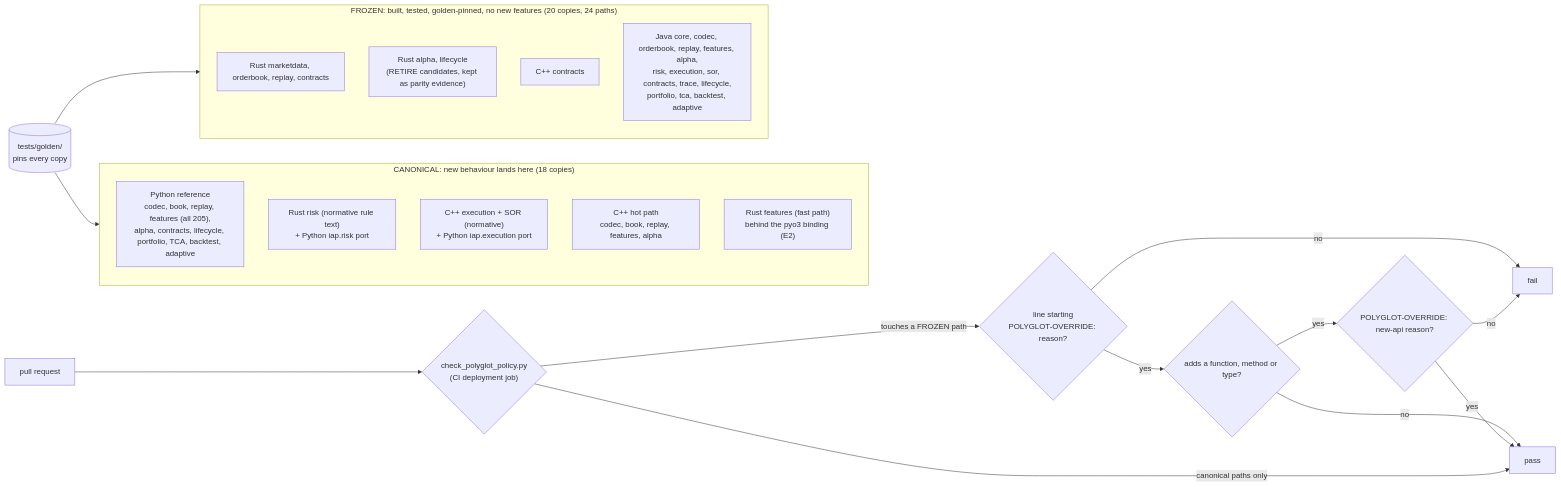
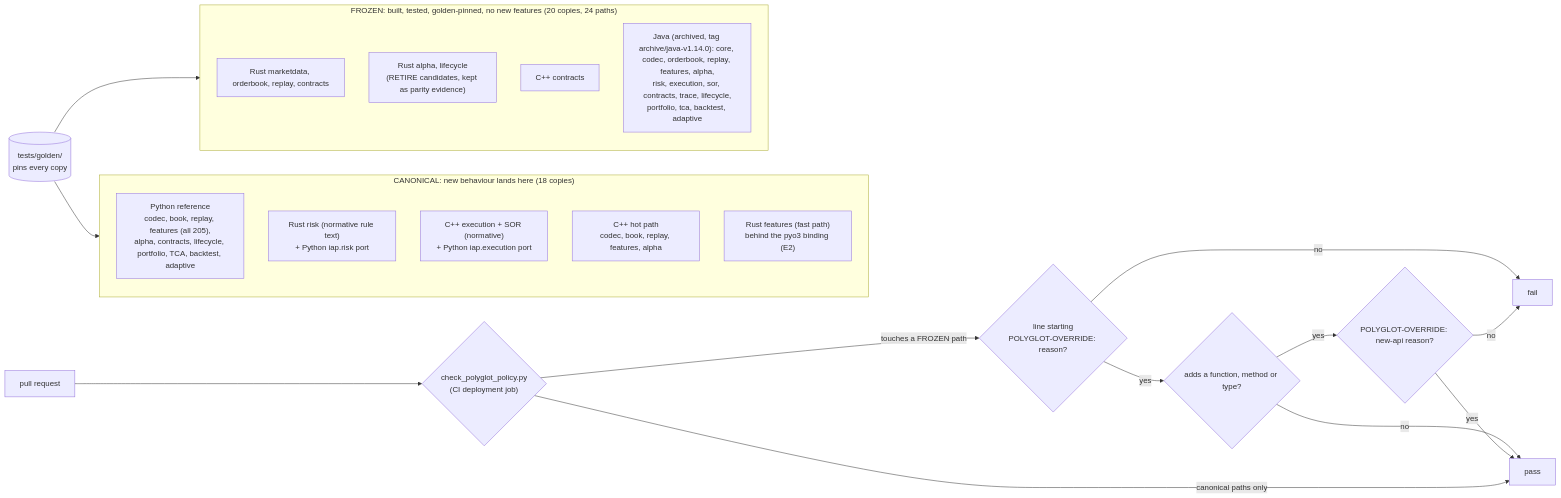
The diagram in docs/diagrams/polyglot_policy_map.mmd (AshJha0/intraday-alpha-platform), drawn with Mermaid before and after one commit. The commit also changed 13 other files, not shown here.

```diff
--- a/docs/diagrams/polyglot_policy_map.mmd
+++ b/docs/diagrams/polyglot_policy_map.mmd
@@ -1,25 +1,25 @@
 flowchart LR
     subgraph CAN["CANONICAL: new behaviour lands here (18 copies)"]
         PY["Python reference<br/>codec, book, replay, features (all 205),<br/>alpha, contracts, lifecycle, portfolio, TCA, backtest, adaptive"]
         RRISK["Rust risk (normative rule text)<br/>+ Python iap.risk port"]
         CEXEC["C++ execution + SOR (normative)<br/>+ Python iap.execution port"]
         CHOT["C++ hot path<br/>codec, book, replay, features, alpha"]
         RFEAT["Rust features (fast path)<br/>behind the pyo3 binding (E2)"]
     end
     subgraph FRZ["FROZEN: built, tested, golden-pinned, no new features (20 copies, 24 paths)"]
         RF["Rust marketdata, orderbook, replay, contracts"]
         RC["Rust alpha, lifecycle<br/>(RETIRE candidates, kept as parity evidence)"]
         CC["C++ contracts"]
-        JV["Java core, codec, orderbook, replay, features, alpha,<br/>risk, execution, sor, contracts, trace, lifecycle,<br/>portfolio, tca, backtest, adaptive"]
+        JV["Java (archived, tag archive/java-v1.14.0): core, codec, orderbook, replay, features, alpha,<br/>risk, execution, sor, contracts, trace, lifecycle,<br/>portfolio, tca, backtest, adaptive"]
     end
     GOLD[("tests/golden/<br/>pins every copy")] --> CAN
     GOLD --> FRZ
     PR["pull request"] --> GATE{"check_polyglot_policy.py<br/>(CI deployment job)"}
     GATE -->|"touches a FROZEN path"| OV{"line starting<br/>POLYGLOT-OVERRIDE: reason?"}
     OV -->|"no"| FAIL["fail"]
     OV -->|"yes"| NA{"adds a function, method or type?"}
     NA -->|"no"| PASS["pass"]
     NA -->|"yes"| NA2{"POLYGLOT-OVERRIDE: new-api reason?"}
     NA2 -->|"no"| FAIL
     NA2 -->|"yes"| PASS
     GATE -->|"canonical paths only"| PASS
```
